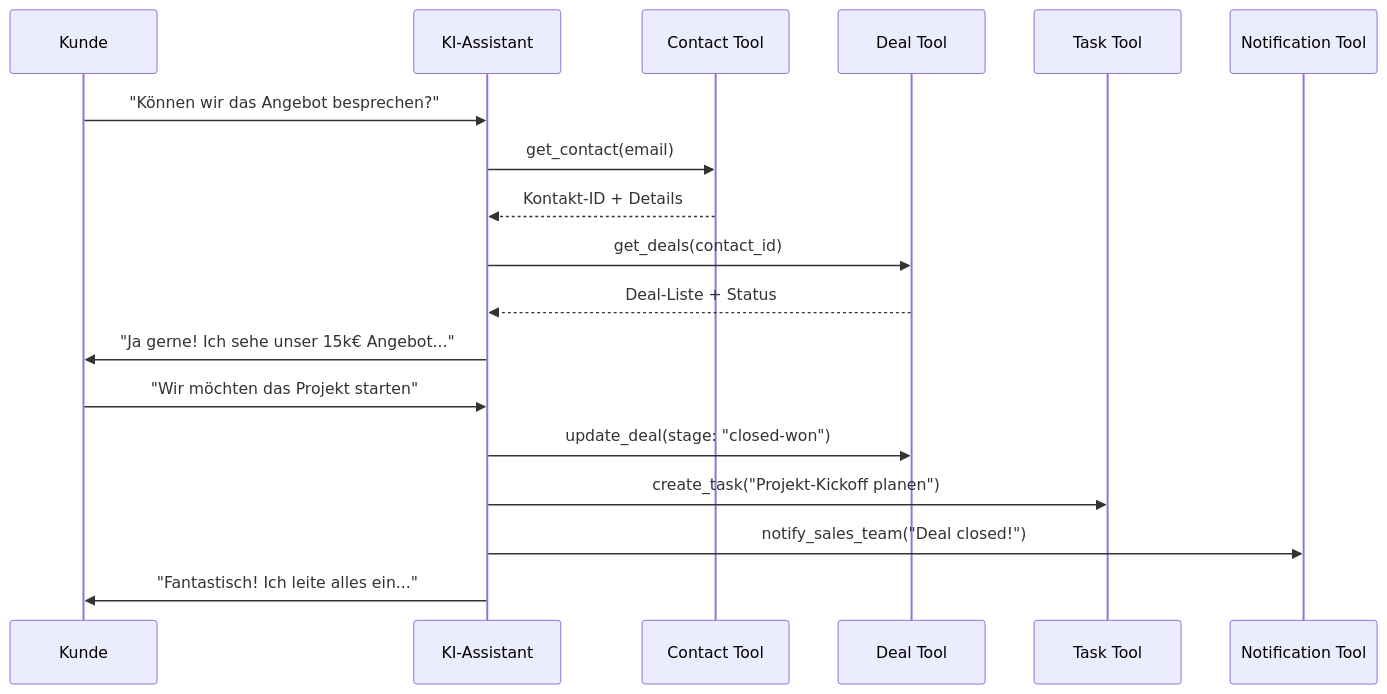
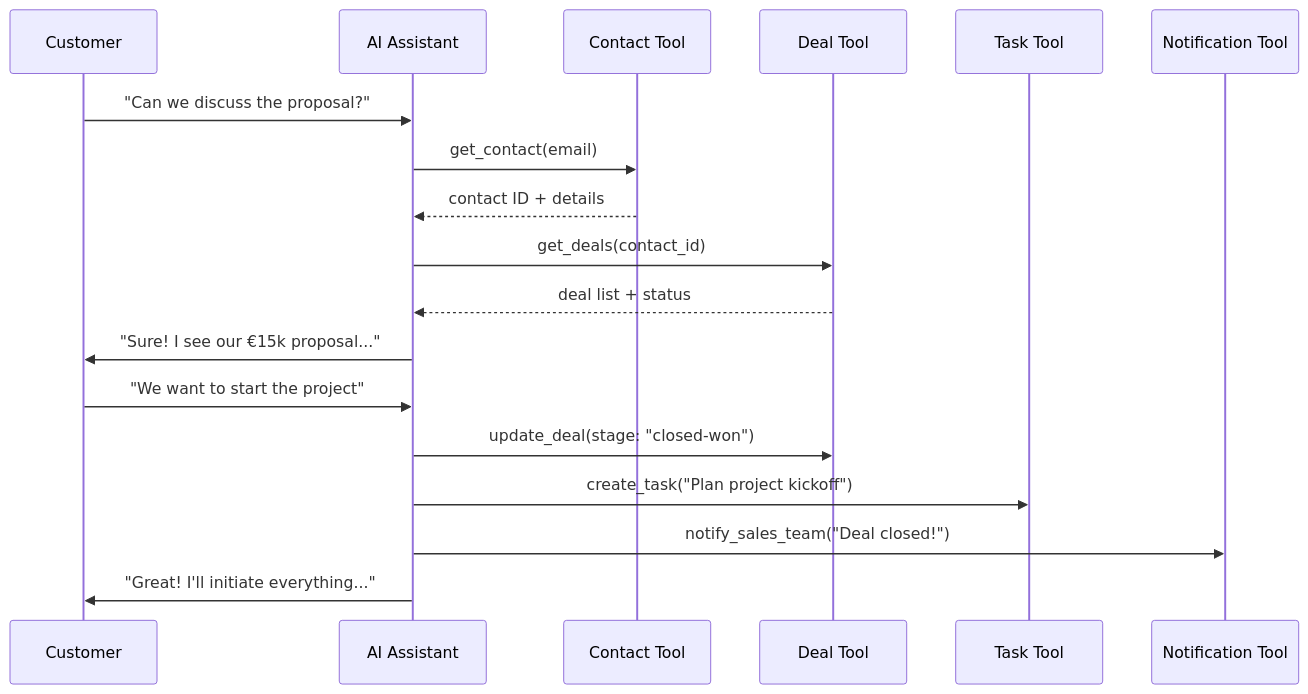
One commit to bekgroup/Famulor-docs-de changed the second of 2 diagrams in en/automation-platform/mid-call-tools/integration-templates/hubspot-deal-management.mdx. Above: the diagram before and after it, drawn with Mermaid. The commit also changed other lines of this file, not shown here.

````diff
--- a/en/automation-platform/mid-call-tools/integration-templates/hubspot-deal-management.mdx
+++ b/en/automation-platform/mid-call-tools/integration-templates/hubspot-deal-management.mdx
@@ -457,21 +455,21 @@
 ```mermaid
 sequenceDiagram
-    participant C as Kunde
-    participant AI as KI-Assistant  
+    participant C as Customer
+    participant AI as AI Assistant  
     participant CT as Contact Tool
     participant DT as Deal Tool
     participant TT as Task Tool
     participant NT as Notification Tool
     
-    C->>AI: "Können wir das Angebot besprechen?"
+    C->>AI: "Can we discuss the proposal?"
     AI->>CT: get_contact(email)
-    CT-->>AI: Kontakt-ID + Details
+    CT-->>AI: contact ID + details
     AI->>DT: get_deals(contact_id)
-    DT-->>AI: Deal-Liste + Status
-    AI->>C: "Ja gerne! Ich sehe unser 15k€ Angebot..."
-    C->>AI: "Wir möchten das Projekt starten"
+    DT-->>AI: deal list + status
+    AI->>C: "Sure! I see our €15k proposal..."
+    C->>AI: "We want to start the project"
     AI->>DT: update_deal(stage: "closed-won")
-    AI->>TT: create_task("Projekt-Kickoff planen")
+    AI->>TT: create_task("Plan project kickoff")
     AI->>NT: notify_sales_team("Deal closed!")
-    AI->>C: "Fantastisch! Ich leite alles ein..."
+    AI->>C: "Great! I'll initiate everything..."
 ```
````
